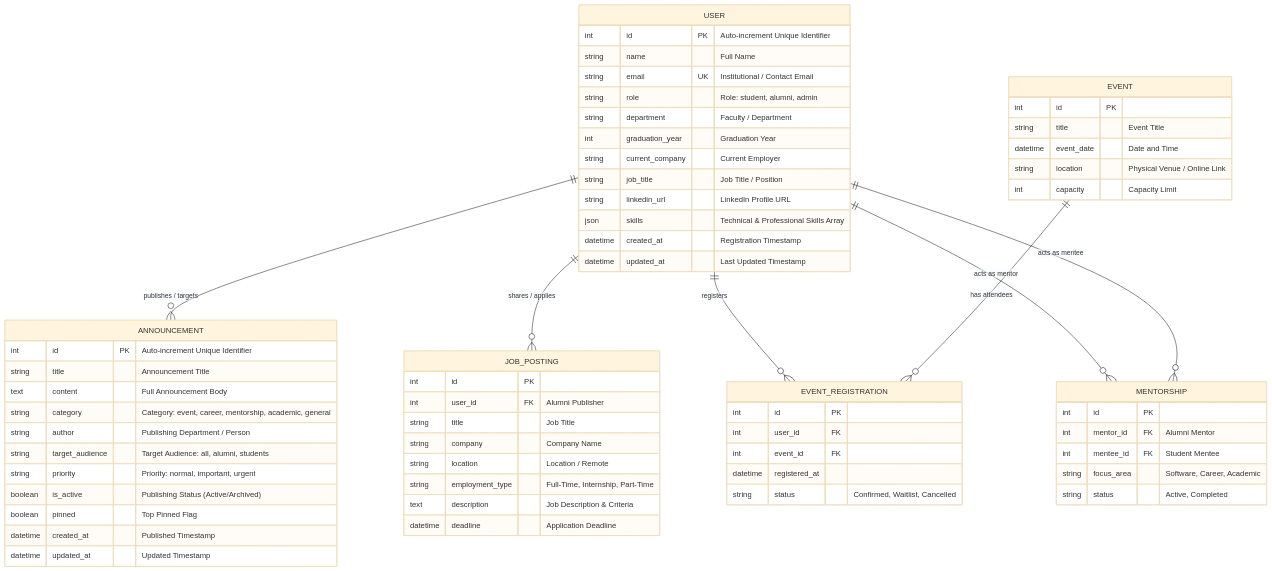
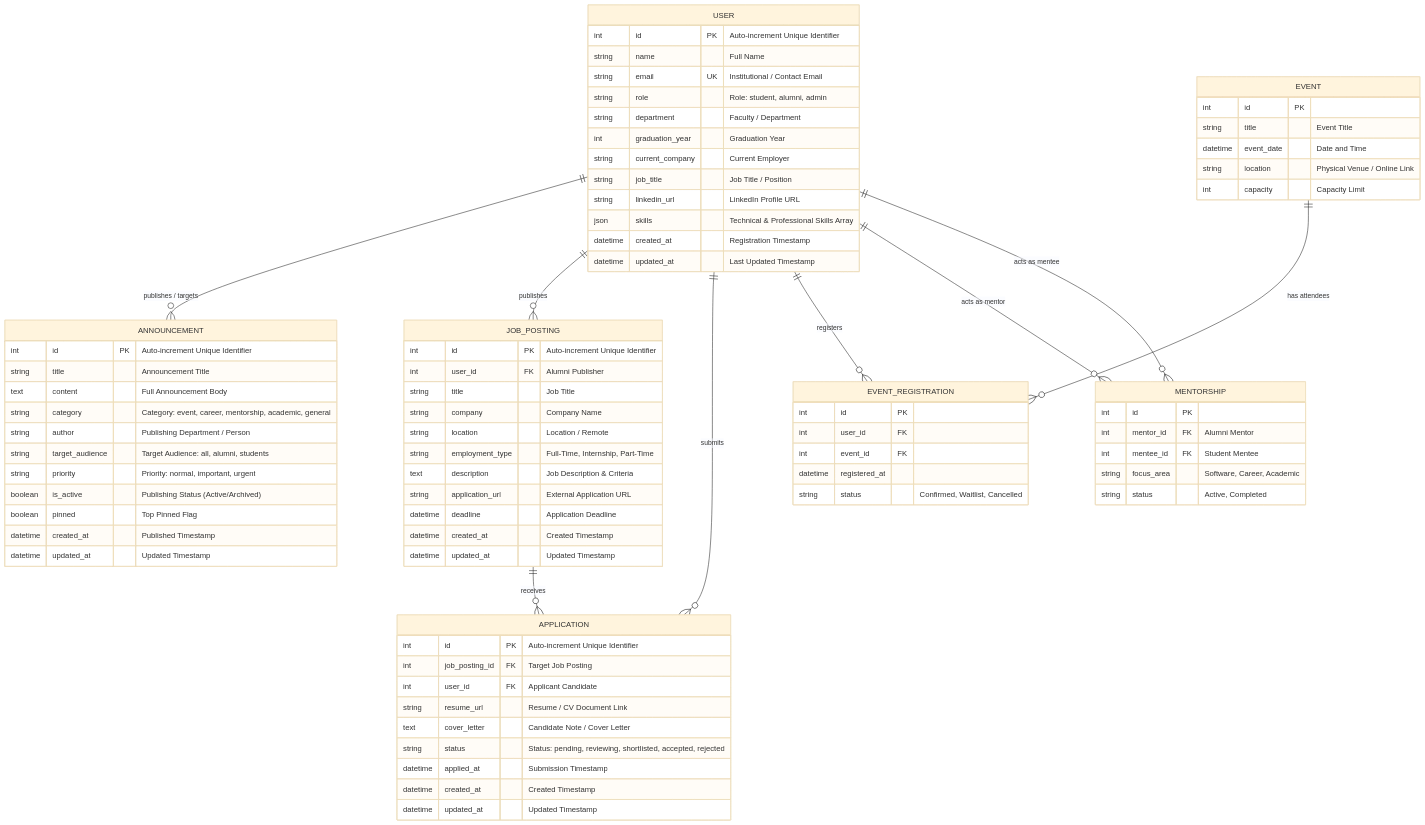
One commit to DilaraMUMCU/alumni changed the diagram in ddd.md. Above: the diagram before and after it, drawn with Mermaid (base theme). The commit also changed other lines of this file and 1 other file, not shown here.

Commit message:
docs(ddd): add applications table specification and ERD for job postings

````diff
--- a/ddd.md
+++ b/ddd.md
@@ -60,7 +61,9 @@
 ```mermaid
 erDiagram
     USER ||--o{ ANNOUNCEMENT : "publishes / targets"
-    USER ||--o{ JOB_POSTING : "shares / applies"
+    USER ||--o{ JOB_POSTING : "publishes"
+    USER ||--o{ APPLICATION : "submits"
+    JOB_POSTING ||--o{ APPLICATION : "receives"
     USER ||--o{ EVENT_REGISTRATION : "registers"
     EVENT ||--o{ EVENT_REGISTRATION : "has attendees"
     USER ||--o{ MENTORSHIP : "acts as mentor"
@@ -96,14 +99,29 @@
     }
 
     JOB_POSTING {
-        int id PK
+        int id PK "Auto-increment Unique Identifier"
         int user_id FK "Alumni Publisher"
         string title "Job Title"
         string company "Company Name"
         string location "Location / Remote"
         string employment_type "Full-Time, Internship, Part-Time"
         text description "Job Description & Criteria"
+        string application_url "External Application URL"
         datetime deadline "Application Deadline"
+        datetime created_at "Created Timestamp"
+        datetime updated_at "Updated Timestamp"
+    }
+
+    APPLICATION {
+        int id PK "Auto-increment Unique Identifier"
+        int job_posting_id FK "Target Job Posting"
+        int user_id FK "Applicant Candidate"
+        string resume_url "Resume / CV Document Link"
+        text cover_letter "Candidate Note / Cover Letter"
+        string status "Status: pending, reviewing, shortlisted, accepted, rejected"
+        datetime applied_at "Submission Timestamp"
+        datetime created_at "Created Timestamp"
+        datetime updated_at "Updated Timestamp"
     }
 
     EVENT {
````
